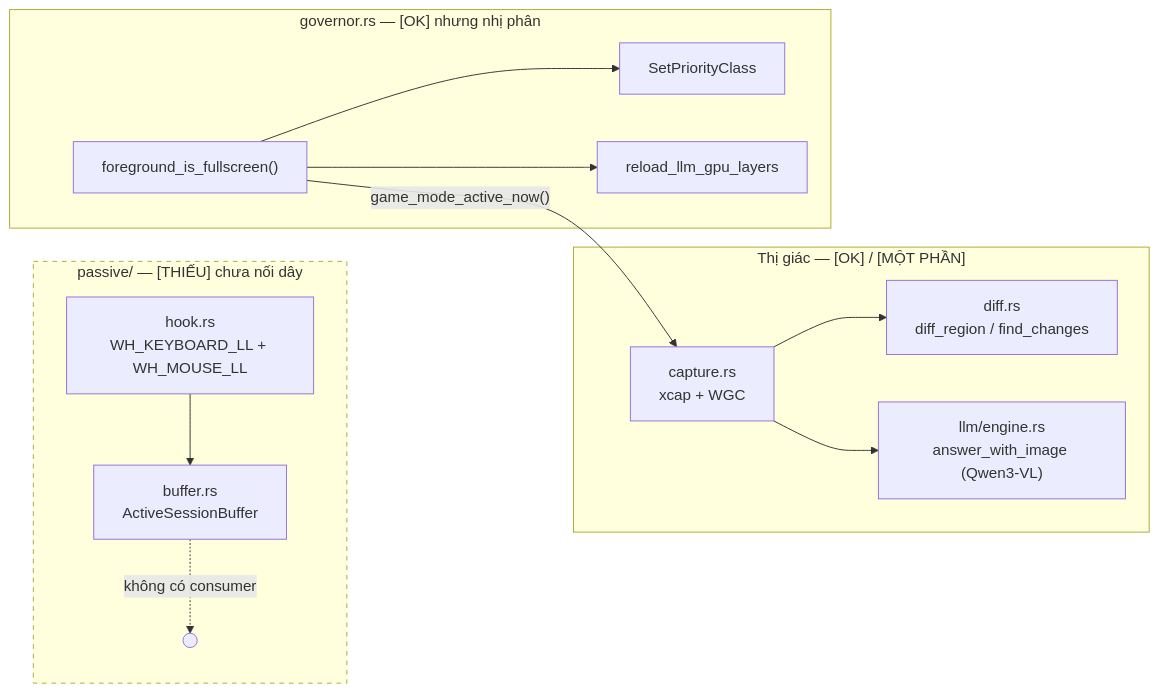
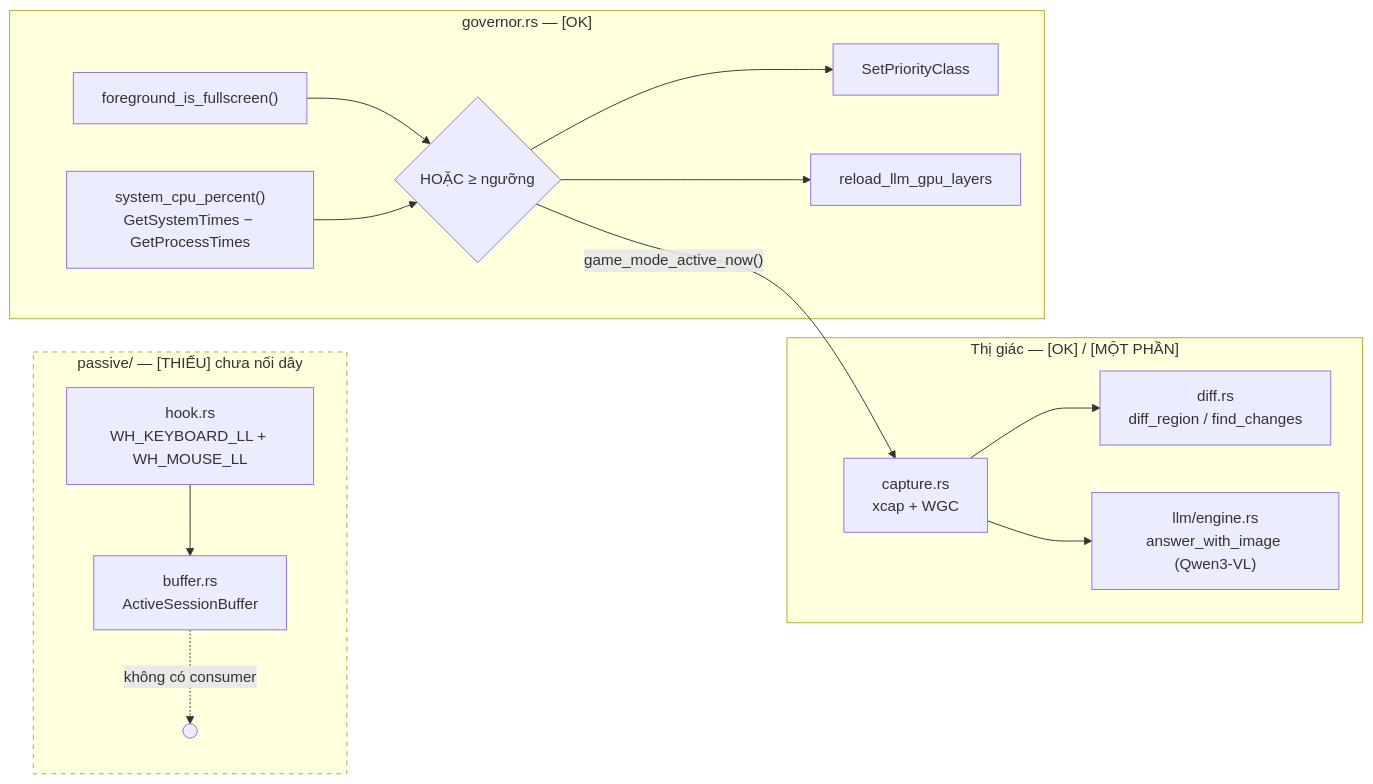
Before and after one commit to DuongNAD/LIVA: the first of 7 diagrams in docs/01-ban-ve/06-thi-giac-passive-va-governor.md, drawn with Mermaid. The commit also changed other lines of this file and 5 other files, not shown here.

````diff
--- a/docs/01-ban-ve/06-thi-giac-passive-va-governor.md
+++ b/docs/01-ban-ve/06-thi-giac-passive-va-governor.md
@@ -56,25 +57,29 @@
 ```mermaid
 flowchart LR
   subgraph THIGIAC["Thị giác — [OK] / [MỘT PHẦN]"]
     CAP["capture.rs<br/>xcap + WGC"]
     DIFF["diff.rs<br/>diff_region / find_changes"]
     VL["llm/engine.rs<br/>answer_with_image (Qwen3-VL)"]
     CAP --> VL
     CAP --> DIFF
   end
   subgraph PASSIVE["passive/ — [THIẾU] chưa nối dây"]
     HOOK["hook.rs<br/>WH_KEYBOARD_LL + WH_MOUSE_LL"]
     BUF["buffer.rs<br/>ActiveSessionBuffer"]
     HOOK --> BUF
     BUF -. "không có consumer" .-> X((" "))
   end
-  subgraph GOV["governor.rs — [OK] nhưng nhị phân"]
-    DET["foreground_is_fullscreen()"]
+  subgraph GOV["governor.rs — [OK]"]
+    FS["foreground_is_fullscreen()"]
+    CPU["system_cpu_percent()<br/>GetSystemTimes − GetProcessTimes"]
+    DET{"HOẶC ≥ ngưỡng"}
     PRI["SetPriorityClass"]
     GPU["reload_llm_gpu_layers"]
+    FS --> DET
+    CPU --> DET
     DET --> PRI
     DET --> GPU
   end
   DET -->|"game_mode_active_now()"| CAP
   style PASSIVE stroke-dasharray: 5 5
 ```
````
